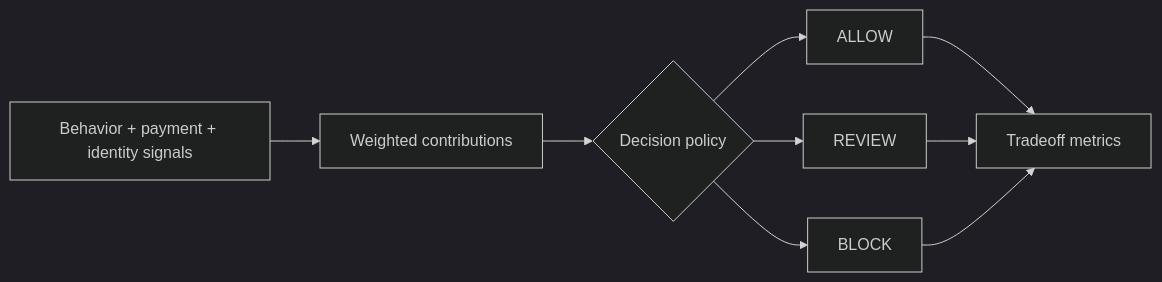
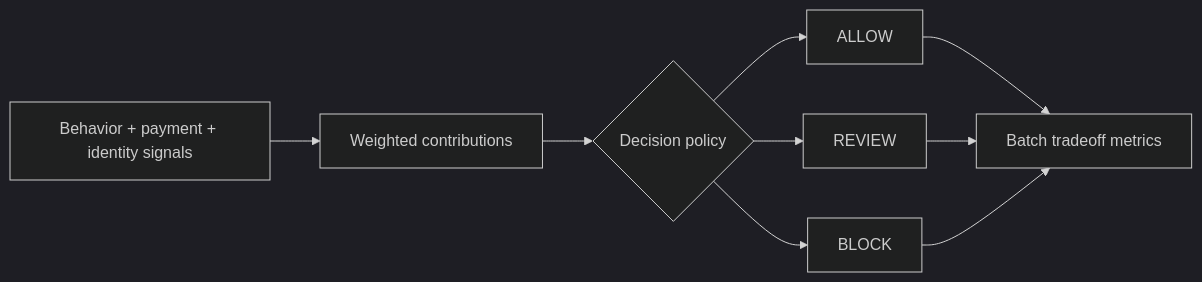
The diagram in README.md (AshIntelligence/risk-decision-system), drawn with Mermaid (dark theme) before and after one commit. The commit also changed other lines of this file, not shown here.

````diff
--- a/README.md
+++ b/README.md
@@ -33,11 +28,11 @@
 ```mermaid
 flowchart LR
   S[Behavior + payment + identity signals] --> W[Weighted contributions]
   W --> P{Decision policy}
   P --> A[ALLOW]
   P --> R[REVIEW]
   P --> B[BLOCK]
-  A --> M[Tradeoff metrics]
+  A --> M[Batch tradeoff metrics]
   R --> M
   B --> M
 ```
````
